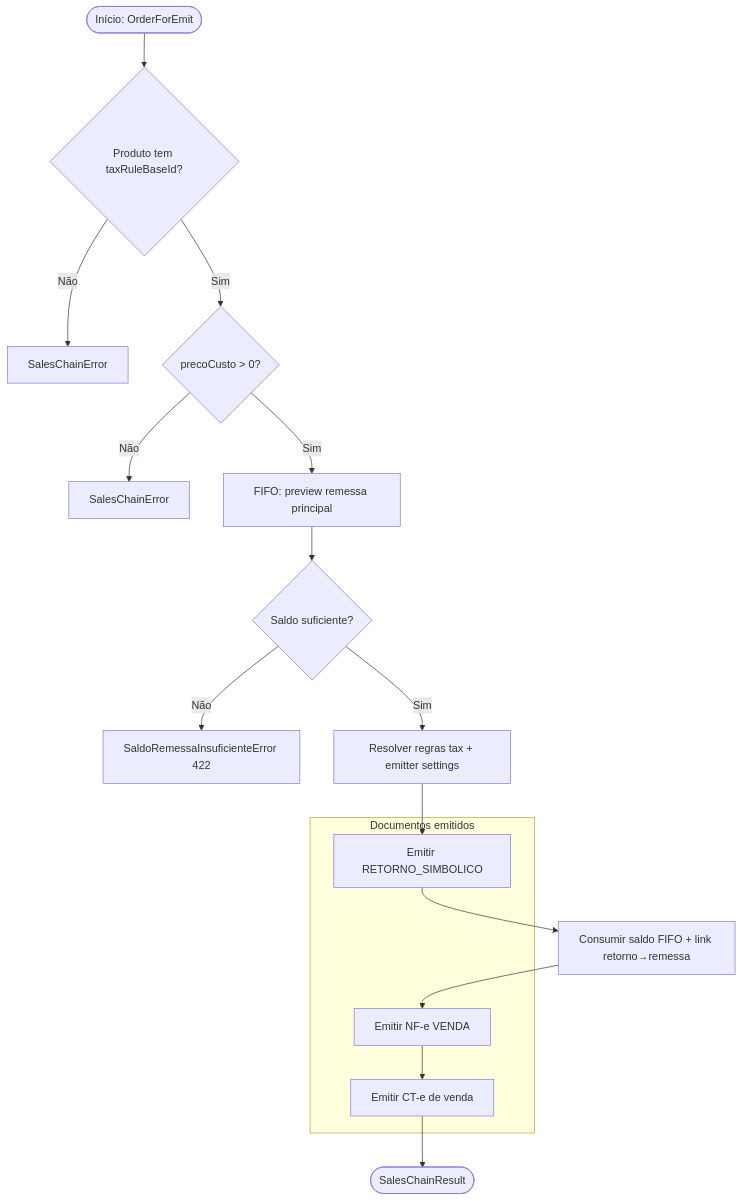
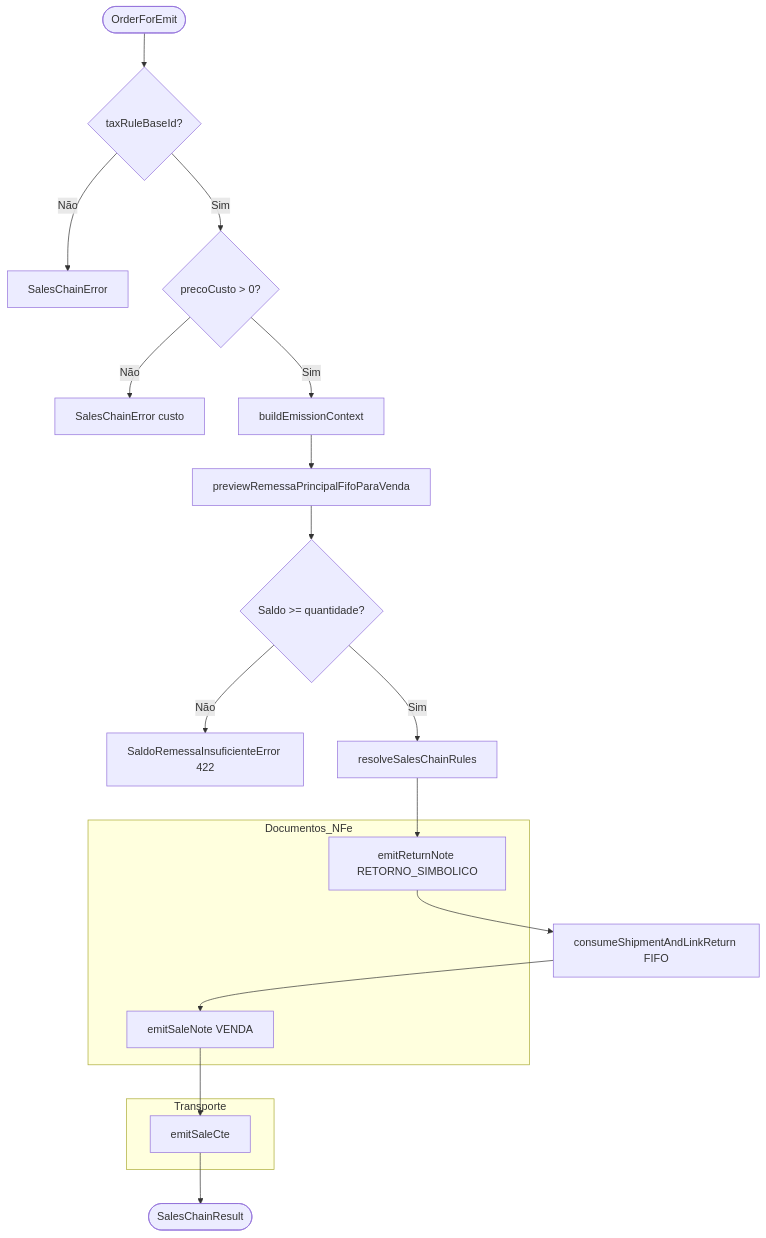
The second of 2 diagrams in backend/src/modules/sales/README.md (Matheus-santos7/MSimulation-XML), drawn with Mermaid before and after one commit. The commit also changed other lines of this file and 122 other files, not shown here.

````diff
--- a/backend/src/modules/sales/README.md
+++ b/backend/src/modules/sales/README.md
@@ -124,22 +144,27 @@
 ```mermaid
 graph TD
-  Start([Início: OrderForEmit]) --> ValProd{Produto tem taxRuleBaseId?}
-  ValProd -->|Não| ErrRule[SalesChainError]
-  ValProd -->|Sim| ValCusto{precoCusto > 0?}
-  ValCusto -->|Não| ErrCusto[SalesChainError]
-  ValCusto -->|Sim| Preview[FIFO: preview remessa principal]
-  Preview --> Saldo{Saldo suficiente?}
-  Saldo -->|Não| ErrFifo[SaldoRemessaInsuficienteError 422]
-  Saldo -->|Sim| Rules[Resolver regras tax + emitter settings]
-  Rules --> Retorno[Emitir RETORNO_SIMBOLICO]
-  Retorno --> Consumo[Consumir saldo FIFO + link retorno→remessa]
-  Consumo --> Venda[Emitir NF-e VENDA]
-  Venda --> Cte[Emitir CT-e de venda]
+  Start([OrderForEmit]) --> ValRule{taxRuleBaseId?}
+  ValRule -->|Não| E1[SalesChainError]
+  ValRule -->|Sim| ValCusto{precoCusto > 0?}
+  ValCusto -->|Não| E2[SalesChainError custo]
+  ValCusto -->|Sim| Ctx[buildEmissionContext]
+
+  Ctx --> FifoPrev[previewRemessaPrincipalFifoParaVenda]
+  FifoPrev --> Saldo{Saldo >= quantidade?}
+  Saldo -->|Não| E3[SaldoRemessaInsuficienteError 422]
+  Saldo -->|Sim| Rules[resolveSalesChainRules]
+
+  Rules --> Ret[emitReturnNote RETORNO_SIMBOLICO]
+  Ret --> Consumo[consumeShipmentAndLinkReturn FIFO]
+  Consumo --> Venda[emitSaleNote VENDA]
+  Venda --> Cte[emitSaleCte]
   Cte --> Done([SalesChainResult])
 
-  subgraph Documentos emitidos
-    Retorno
+  subgraph Documentos_NFe
+    Ret
     Venda
+  end
+  subgraph Transporte
     Cte
   end
 ```
````
